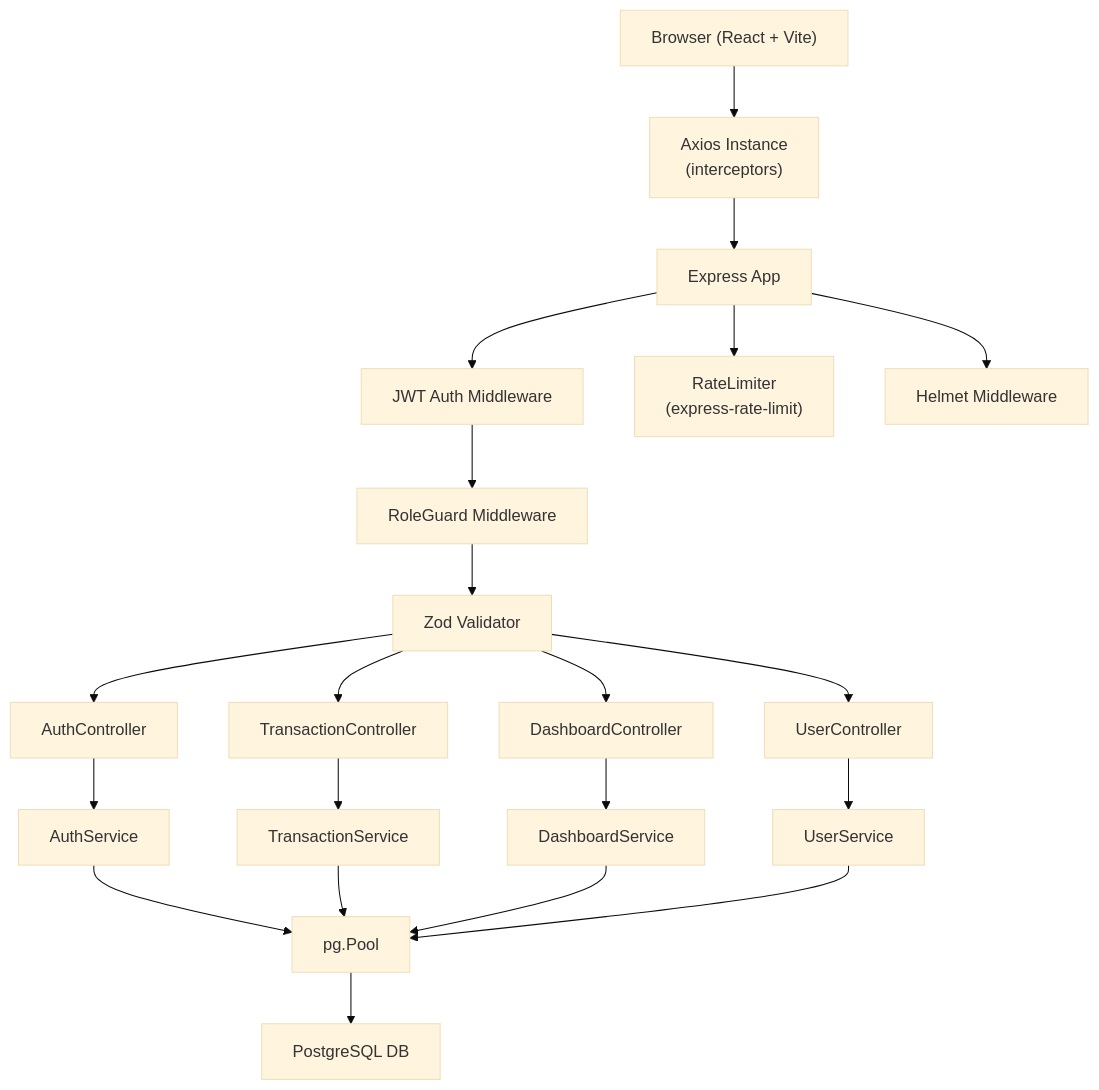
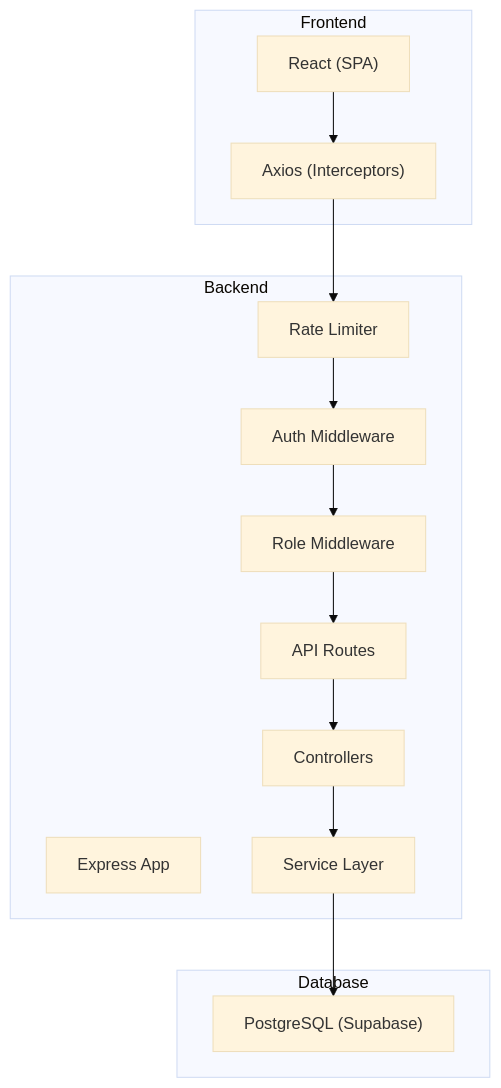
Before and after one commit to Shivam0247/Finance-Dashboard: the diagram in README.md, drawn with Mermaid (base theme). The commit also changed other lines of this file, not shown here.

Commit message:
docs: update README with detailed architecture and setup guide

````diff
--- a/README.md
+++ b/README.md
@@ -15,42 +10,30 @@
 ```mermaid
 graph TD
-    Browser["Browser (React + Vite)"]
-    AxiosInstance["Axios Instance\n(interceptors)"]
-    ExpressApp["Express App"]
-    AuthMW["JWT Auth Middleware"]
-    RoleGuard["RoleGuard Middleware"]
-    RateLimiter["RateLimiter\n(express-rate-limit)"]
-    Helmet["Helmet Middleware"]
-    Validator["Zod Validator"]
-    AuthCtrl["AuthController"]
-    TxCtrl["TransactionController"]
-    DashCtrl["DashboardController"]
-    UserCtrl["UserController"]
-    AuthSvc["AuthService"]
-    TxSvc["TransactionService"]
-    DashSvc["DashboardService"]
-    UserSvc["UserService"]
-    PgPool["pg.Pool"]
-    PostgreSQL["PostgreSQL DB"]
+    subgraph Frontend
+        React["React (SPA)"]
+        Axios["Axios (Interceptors)"]
+    end
 
-    Browser --> AxiosInstance
-    AxiosInstance --> ExpressApp
-    ExpressApp --> Helmet
-    ExpressApp --> RateLimiter
-    ExpressApp --> AuthMW
-    AuthMW --> RoleGuard
-    RoleGuard --> Validator
-    Validator --> AuthCtrl
-    Validator --> TxCtrl
-    Validator --> DashCtrl
-    Validator --> UserCtrl
-    AuthCtrl --> AuthSvc
-    TxCtrl --> TxSvc
-    DashCtrl --> DashSvc
-    UserCtrl --> UserSvc
-    AuthSvc --> PgPool
-    TxSvc --> PgPool
-    DashSvc --> PgPool
-    UserSvc --> PgPool
-    PgPool --> PostgreSQL
+    subgraph Backend
+        Express["Express App"]
+        Auth["Auth Middleware"]
+        Roles["Role Middleware"]
+        Limiter["Rate Limiter"]
+        Routes["API Routes"]
+        Controllers["Controllers"]
+        Services["Service Layer"]
+    end
+
+    subgraph Database
+        DB["PostgreSQL (Supabase)"]
+    end
+
+    React --> Axios
+    Axios --> Limiter
+    Limiter --> Auth
+    Auth --> Roles
+    Roles --> Routes
+    Routes --> Controllers
+    Controllers --> Services
+    Services --> DB
 ```
````
